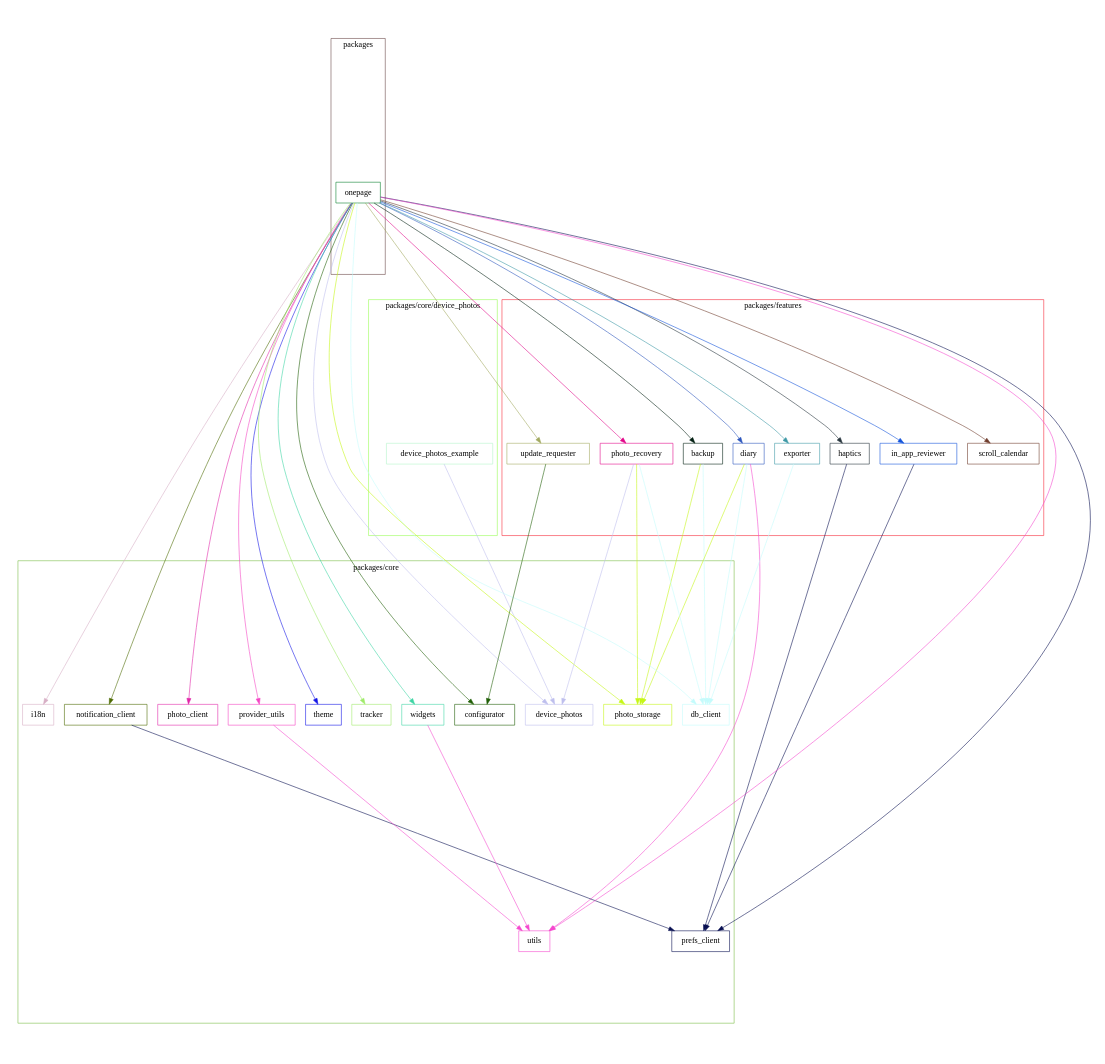
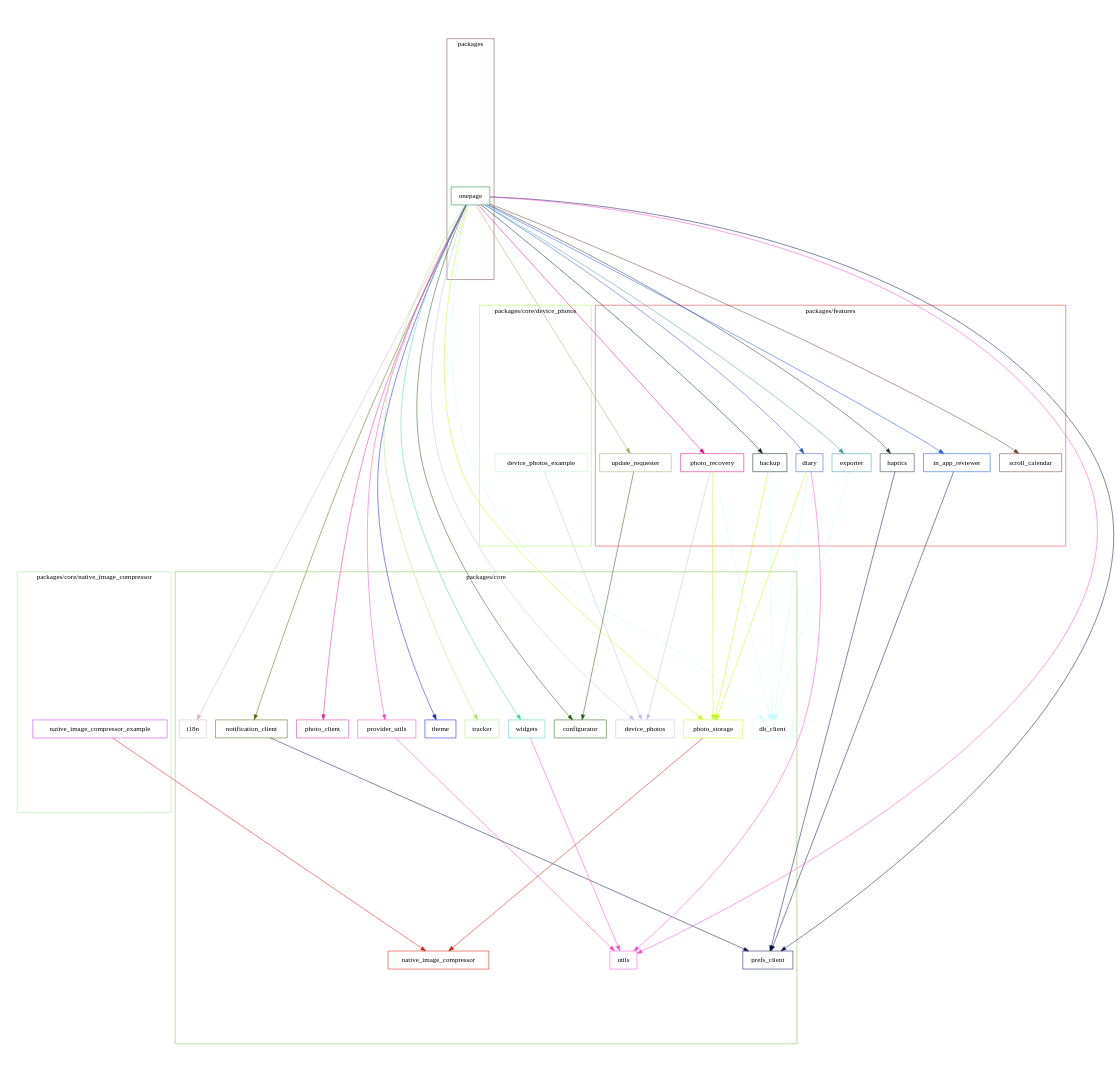
Before and after one commit to naipaka/onepage: the diagram in docs/dependency_graph.dot, drawn with Graphviz. The commit also changed 1 other file, not shown here.

Commit message:
Update Dependency Graph and SVG image (#315)

```diff
--- a/docs/dependency_graph.dot
+++ b/docs/dependency_graph.dot
@@ -1,102 +1,112 @@
 digraph packages {
   size="10"; ratio=fill;
   backup [shape="box"; color="#022013"];
   configurator [shape="box"; color="#205f06"];
   db_client [shape="box"; color="#c4fbfc"];
   device_photos [shape="box"; color="#bebfed"];
   device_photos_example [shape="box"; color="#b5f5c9"];
   diary [shape="box"; color="#2c56bd"];
   exporter [shape="box"; color="#3e99a6"];
   haptics [shape="box"; color="#26343c"];
   i18n [shape="box"; color="#d7afc5"];
   in_app_reviewer [shape="box"; color="#1253da"];
+  native_image_compressor [shape="box"; color="#d71507"];
+  native_image_compressor_example [shape="box"; color="#c031ef"];
   notification_client [shape="box"; color="#4d6b02"];
   onepage [shape="box"; color="#08802d"];
   photo_client [shape="box"; color="#e227a9"];
   photo_recovery [shape="box"; color="#e2078b"];
   photo_storage [shape="box"; color="#c6f715"];
   prefs_client [shape="box"; color="#080f51"];
   provider_utils [shape="box"; color="#f445c4"];
   scroll_calendar [shape="box"; color="#713e2e"];
   theme [shape="box"; color="#1214e6"];
   tracker [shape="box"; color="#a0eb6a"];
   update_requester [shape="box"; color="#a2aa60"];
   utils [shape="box"; color="#f548cf"];
   widgets [shape="box"; color="#3ed5a4"];
   backup -> db_client [style="filled"; color="#c4fbfc"];
   backup -> photo_storage [style="filled"; color="#c6f715"];
   device_photos_example -> device_photos [style="filled"; color="#bebfed"];
   diary -> db_client [style="filled"; color="#c4fbfc"];
   diary -> photo_storage [style="filled"; color="#c6f715"];
   diary -> utils [style="filled"; color="#f548cf"];
   exporter -> db_client [style="filled"; color="#c4fbfc"];
   haptics -> prefs_client [style="filled"; color="#080f51"];
   in_app_reviewer -> prefs_client [style="filled"; color="#080f51"];
+  native_image_compressor_example -> native_image_compressor [style="filled"; color="#d71507"];
   notification_client -> prefs_client [style="filled"; color="#080f51"];
   onepage -> backup [style="filled"; color="#022013"];
   onepage -> configurator [style="filled"; color="#205f06"];
   onepage -> db_client [style="filled"; color="#c4fbfc"];
   onepage -> device_photos [style="filled"; color="#bebfed"];
   onepage -> diary [style="filled"; color="#2c56bd"];
   onepage -> exporter [style="filled"; color="#3e99a6"];
   onepage -> haptics [style="filled"; color="#26343c"];
   onepage -> i18n [style="filled"; color="#d7afc5"];
   onepage -> in_app_reviewer [style="filled"; color="#1253da"];
   onepage -> notification_client [style="filled"; color="#4d6b02"];
   onepage -> photo_client [style="filled"; color="#e227a9"];
   onepage -> photo_recovery [style="filled"; color="#e2078b"];
   onepage -> photo_storage [style="filled"; color="#c6f715"];
   onepage -> prefs_client [style="filled"; color="#080f51"];
   onepage -> provider_utils [style="filled"; color="#f445c4"];
   onepage -> scroll_calendar [style="filled"; color="#713e2e"];
   onepage -> theme [style="filled"; color="#1214e6"];
   onepage -> tracker [style="filled"; color="#a0eb6a"];
   onepage -> update_requester [style="filled"; color="#a2aa60"];
   onepage -> utils [style="filled"; color="#f548cf"];
   onepage -> widgets [style="filled"; color="#3ed5a4"];
   photo_recovery -> db_client [style="filled"; color="#c4fbfc"];
   photo_recovery -> device_photos [style="filled"; color="#bebfed"];
   photo_recovery -> photo_storage [style="filled"; color="#c6f715"];
+  photo_storage -> native_image_compressor [style="filled"; color="#d71507"];
   provider_utils -> utils [style="filled"; color="#f548cf"];
   update_requester -> configurator [style="filled"; color="#205f06"];
   widgets -> utils [style="filled"; color="#f548cf"];
   subgraph "cluster packages/features" {
     label="packages/features";
     color="#f62736";
     backup;
     diary;
     exporter;
     haptics;
     in_app_reviewer;
     photo_recovery;
     scroll_calendar;
     update_requester;
   }
   subgraph "cluster packages/core" {
     label="packages/core";
     color="#7bbd47";
     configurator;
     db_client;
     device_photos;
     i18n;
+    native_image_compressor;
     notification_client;
     photo_client;
     photo_storage;
     prefs_client;
     provider_utils;
     theme;
     tracker;
     utils;
     widgets;
   }
   subgraph "cluster packages/core/device_photos" {
     label="packages/core/device_photos";
     color="#99fd55";
     device_photos_example;
   }
+  subgraph "cluster packages/core/native_image_compressor" {
+    label="packages/core/native_image_compressor";
+    color="#9fe999";
+    native_image_compressor_example;
+  }
   subgraph "cluster packages" {
     label="packages";
     color="#6b4949";
     onepage;
   }
 }
```
